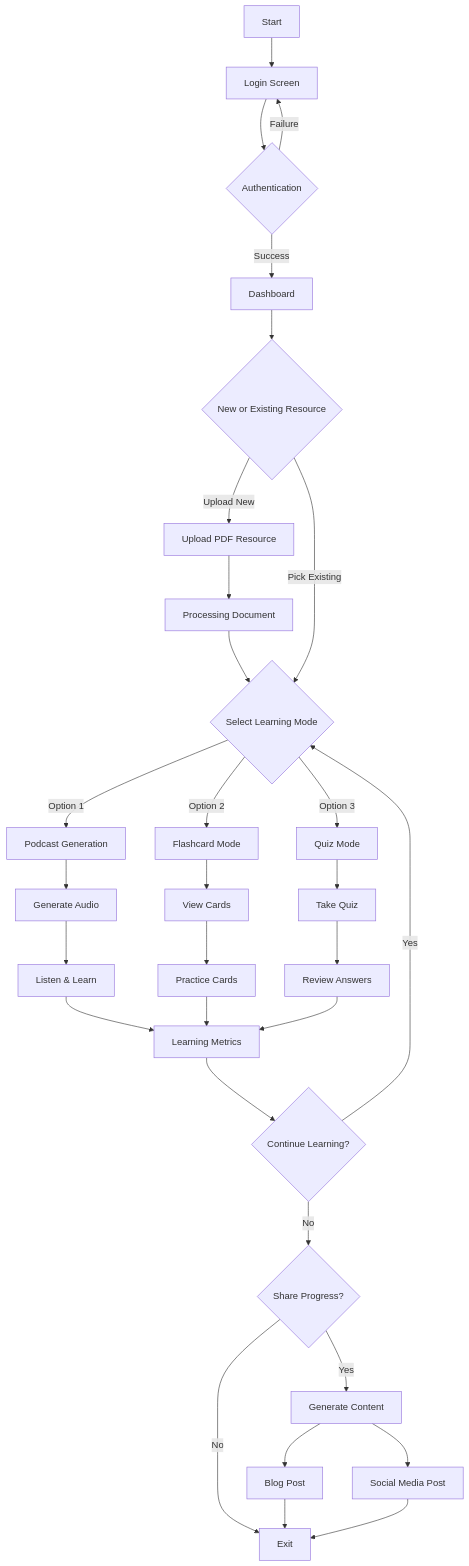
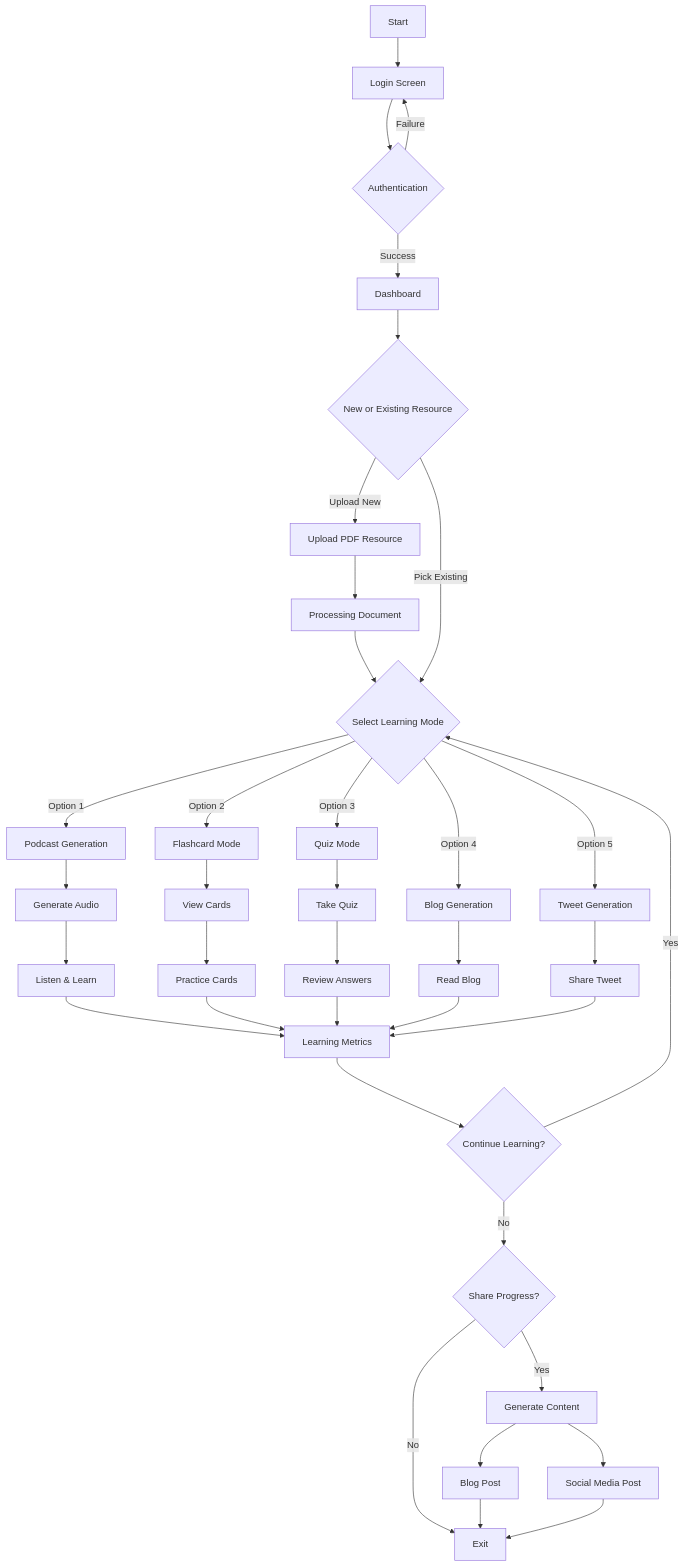
The second of 2 diagrams in README.md (uk1601/LearnLab), drawn with Mermaid before and after one commit. The commit also changed other lines of this file, not shown here.

````diff
--- a/README.md
+++ b/README.md
@@ -85,41 +142,49 @@
 ```mermaid
 flowchart TD
   A[Start] --> B[Login Screen]
   B --> C{Authentication}
   C -->|Success| D[Dashboard]
   C -->|Failure| B
   
   D --> E{New or Existing Resource}
   
   E -->|Upload New| F[Upload PDF Resource]
   F --> G[Processing Document]
   G --> H{Select Learning Mode}
   
   E -->|Pick Existing| H
   
   H -->|Option 1| I[Podcast Generation]
   I --> I1[Generate Audio]
   I1 --> I2[Listen & Learn]
   I2 --> M[Learning Metrics]
   
   H -->|Option 2| J[Flashcard Mode]
   J --> J1[View Cards]
   J1 --> J2[Practice Cards]
   J2 --> M
   
   H -->|Option 3| K[Quiz Mode]
   K --> K1[Take Quiz]
   K1 --> K2[Review Answers]
   K2 --> M
   
+  H -->|Option 4| N1[Blog Generation]
+  N1 --> N2[Read Blog]
+  N2 --> M
+  
+  H -->|Option 5| T1[Tweet Generation]
+  T1 --> T2[Share Tweet]
+  T2 --> M
+  
   M --> N{Continue Learning?}
   N -->|Yes| H
   N -->|No| O{Share Progress?}
   
   O -->|Yes| P[Generate Content]
   P --> P1[Blog Post]
   P --> P2[Social Media Post]
   O -->|No| Q[Exit]
   P1 --> Q
   P2 --> Q
 ```
````
